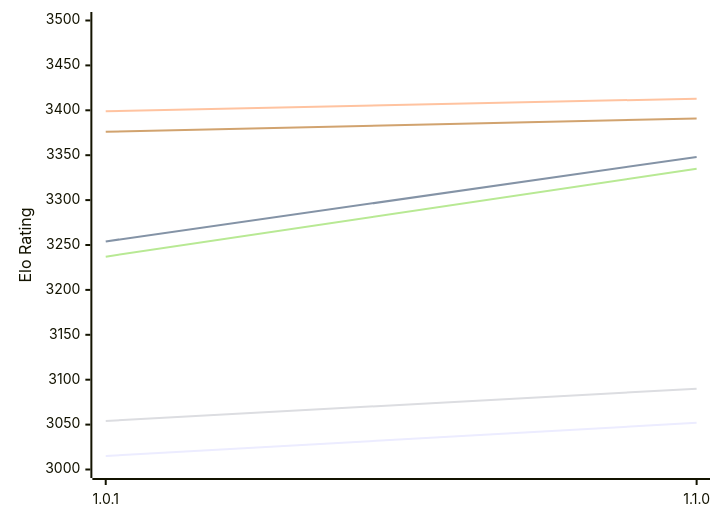
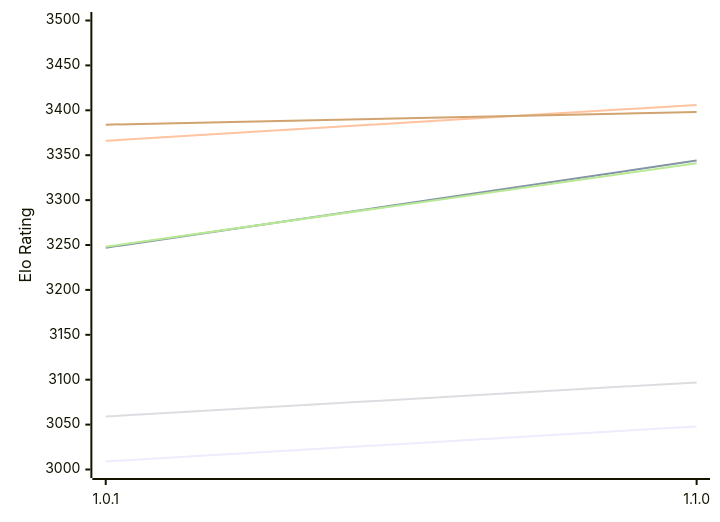
The first of 2 diagrams in engines/Ursus.md (computer-chess-index/cci), drawn with Mermaid before and after one commit. The commit also changed other lines of this file, not shown here.

Commit message:
Update CCI Ratings (ELO VLTC) - 2026-11-18

````diff
--- a/engines/Ursus.md
+++ b/engines/Ursus.md
@@ -51,12 +51,12 @@
 ```mermaid
 %%{init: {"theme":"base","themeVariables":{"seriesColors:['#a3a3a3','#222221','#faa371']}}}%%
 xychart-beta
   x-axis ["1.0.1", "1.1.0"]
   y-axis "Elo Rating" 3000 --> 3500
-  line "E1: STC (8.0+0.08s)" [3015, 3052]
-  line "E1: LTC (60.0+0.60s)" [3254, 3348]
-  line "E1: VLTC (2m24s+1.12s)" [3399, 3413]
-  line "P1: STC (8.0+0.08s)" [3054, 3090]
-  line "P1: LTC (60.0+0.60s)" [3237, 3335]
-  line "P1: VLTC (2m24s+1.12s)" [3376, 3391]
+  line "E1: STC (8.0+0.08s)" [3009, 3048]
+  line "E1: LTC (60.0+0.60s)" [3247, 3344]
+  line "E1: VLTC (2m24s+1.12s)" [3366, 3406]
+  line "P1: STC (8.0+0.08s)" [3059, 3097]
+  line "P1: LTC (60.0+0.60s)" [3248, 3341]
+  line "P1: VLTC (2m24s+1.12s)" [3384, 3398]
 ```
````
